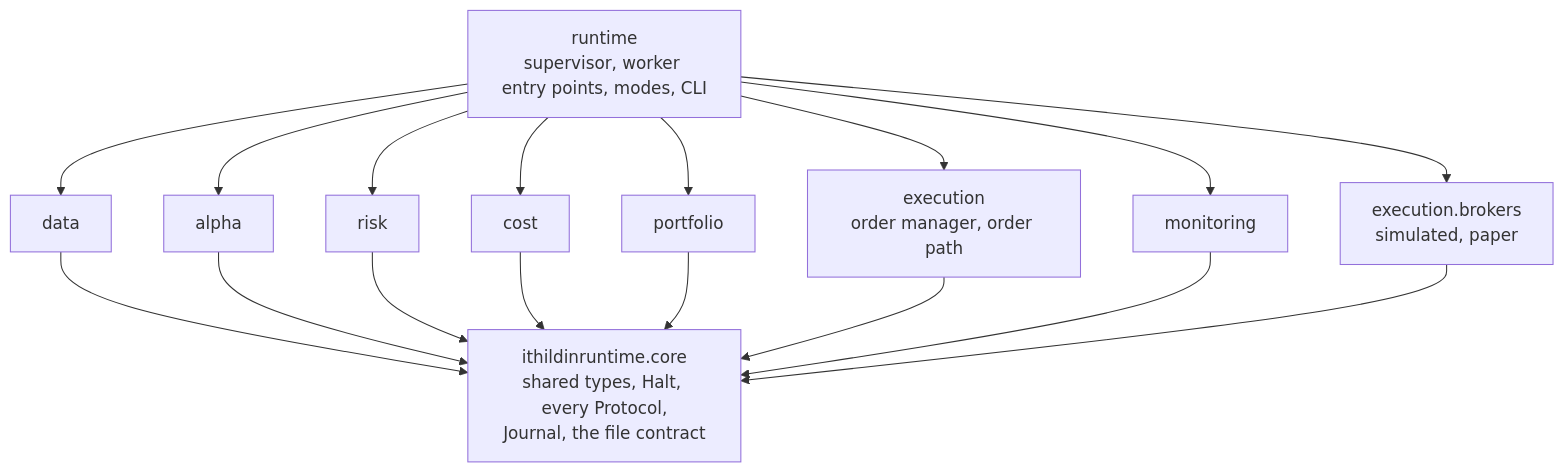
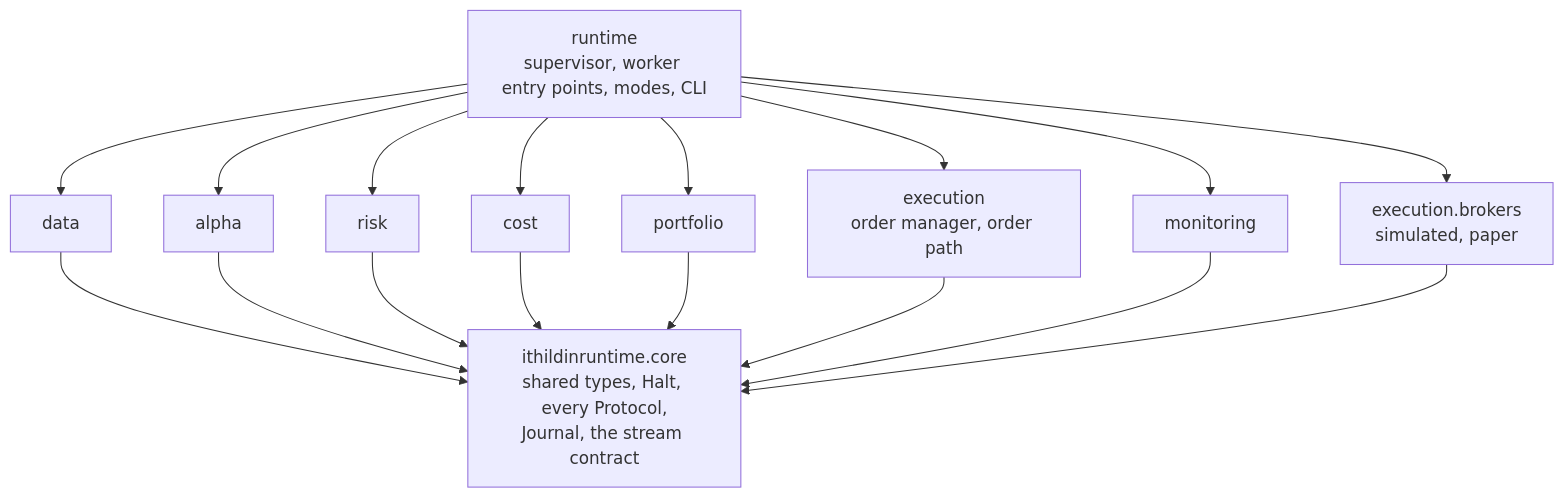
Diagram 16 of 16 in docs/architecture.md (l3a0/ithildin-runtime), drawn with Mermaid before and after one commit. The commit also changed other lines of this file and 2 other files, not shown here.

````diff
--- a/docs/architecture.md
+++ b/docs/architecture.md
@@ -1411,30 +1418,30 @@
 ```mermaid
 flowchart TB
-    core["ithildinruntime.core<br/>shared types, Halt, every Protocol,<br/>Journal, the file contract"]
+    core["ithildinruntime.core<br/>shared types, Halt, every Protocol,<br/>Journal, the stream contract"]
     data["data"]
     alpha["alpha"]
     risk["risk"]
     cost["cost"]
     portfolio["portfolio"]
     execution["execution<br/>order manager, order path"]
     brokers["execution.brokers<br/>simulated, paper"]
     monitoring["monitoring"]
     runtime["runtime<br/>supervisor, worker entry points, modes, CLI"]
 
     data --> core
     alpha --> core
     risk --> core
     cost --> core
     portfolio --> core
     execution --> core
     monitoring --> core
     brokers --> core
     runtime --> data
     runtime --> alpha
     runtime --> risk
     runtime --> cost
     runtime --> portfolio
     runtime --> execution
     runtime --> brokers
     runtime --> monitoring
 ```
````
